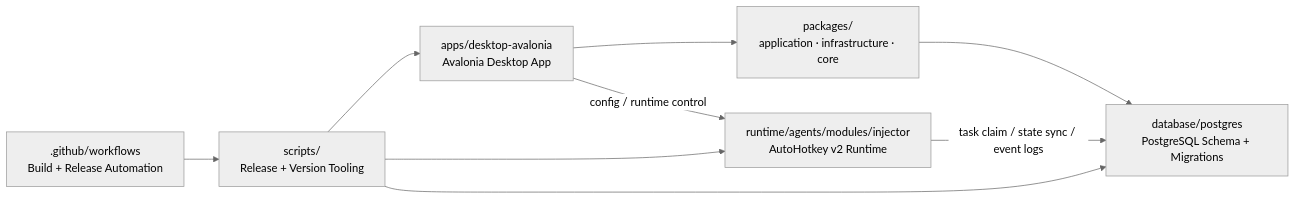
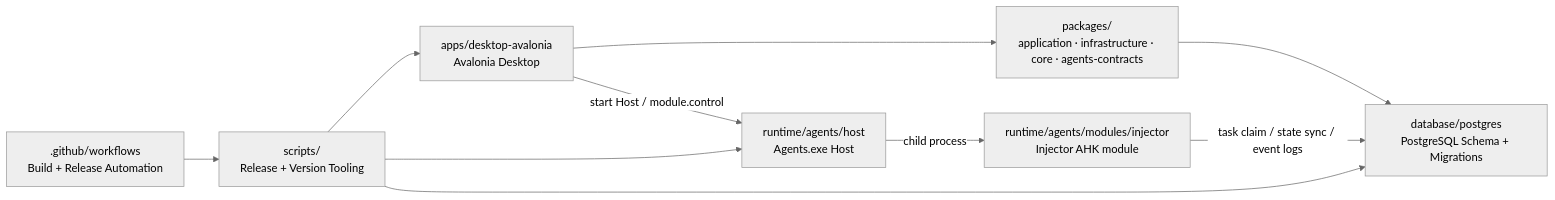
One commit to pacmandoh/pactoolkits changed the diagram in README.md. Above: the diagram before and after it, drawn with Mermaid (neutral theme). The commit also changed other lines of this file and 1 other file, not shown here.

Commit message:
docs: refresh root README for Host and modules

````diff
--- a/README.md
+++ b/README.md
@@ -91,18 +86,20 @@
 ```mermaid
 flowchart LR
-    DESKTOP["apps/desktop-avalonia\nAvalonia Desktop App"]
-    PKG["packages/\napplication · infrastructure · core"]
-    AGENT["runtime/agents/modules/injector\nAutoHotkey v2 Runtime"]
+    DESKTOP["apps/desktop-avalonia\nAvalonia Desktop"]
+    PKG["packages/\napplication · infrastructure · core · agents-contracts"]
+    HOST["runtime/agents/host\nAgents.exe Host"]
+    INJ["runtime/agents/modules/injector\nInjector AHK module"]
     DB["database/postgres\nPostgreSQL Schema + Migrations"]
     SCRIPTS["scripts/\nRelease + Version Tooling"]
     CI[".github/workflows\nBuild + Release Automation"]
 
     DESKTOP --> PKG
-    DESKTOP -->|config / runtime control| AGENT
-    AGENT -->|task claim / state sync / event logs| DB
+    DESKTOP -->|start Host / module.control| HOST
+    HOST -->|child process| INJ
+    INJ -->|task claim / state sync / event logs| DB
     PKG --> DB
     SCRIPTS --> DESKTOP
-    SCRIPTS --> AGENT
+    SCRIPTS --> HOST
     SCRIPTS --> DB
     CI --> SCRIPTS
 ```
````
